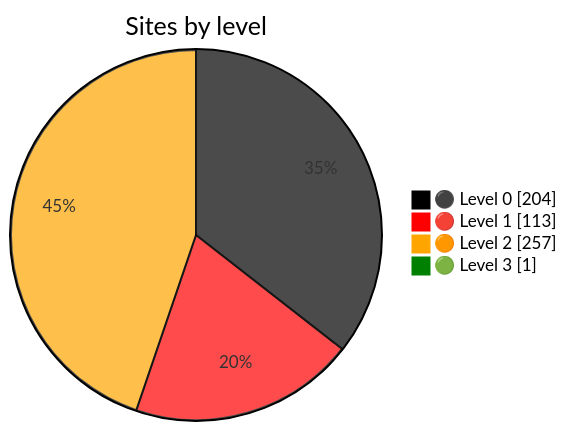
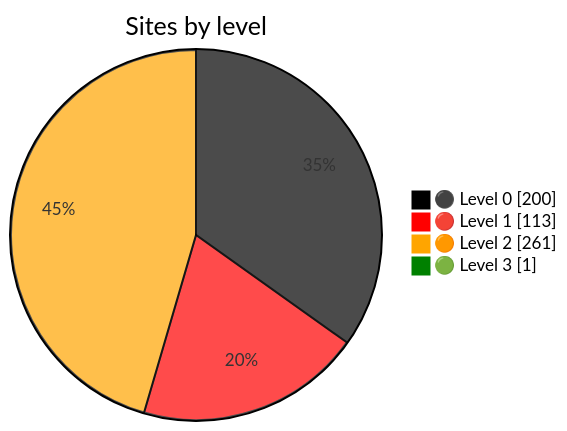
One commit to nuuuwan/gov_lk_web_auditor changed the diagram in README.md. Above: the diagram before and after it, drawn with Mermaid. The commit also changed other lines of this file and 2555 other files, not shown here.

````diff
--- a/README.md
+++ b/README.md
@@ -24,9 +24,9 @@
 ```mermaid
 %%{init: {"themeVariables":{"pie1":"black","pie2":"red","pie3":"orange","pie4":"green"}}}%%
 pie showData
     title Sites by level
-    "⚫ Level 0" : 204
+    "⚫ Level 0" : 200
     "🔴 Level 1" : 113
-    "🟠 Level 2" : 257
+    "🟠 Level 2" : 261
     "🟢 Level 3" : 1
 ```
````
